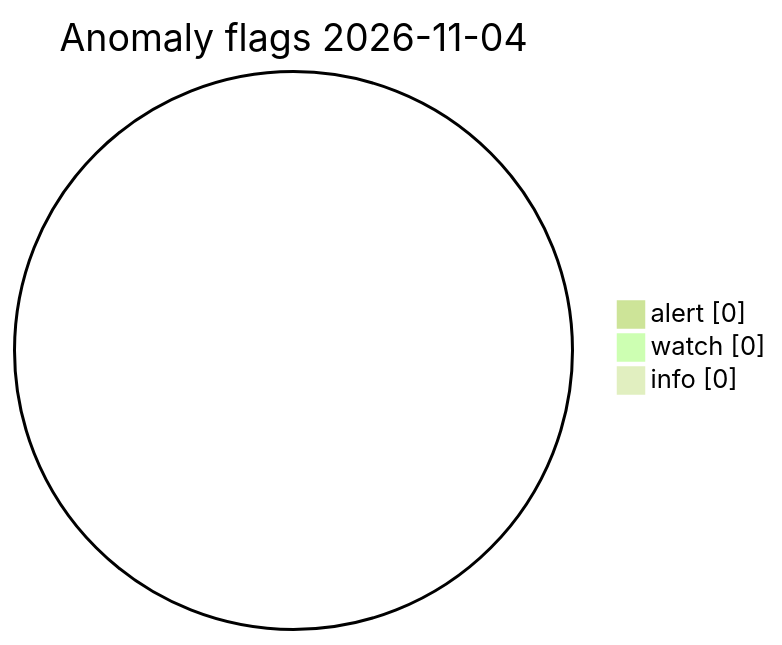
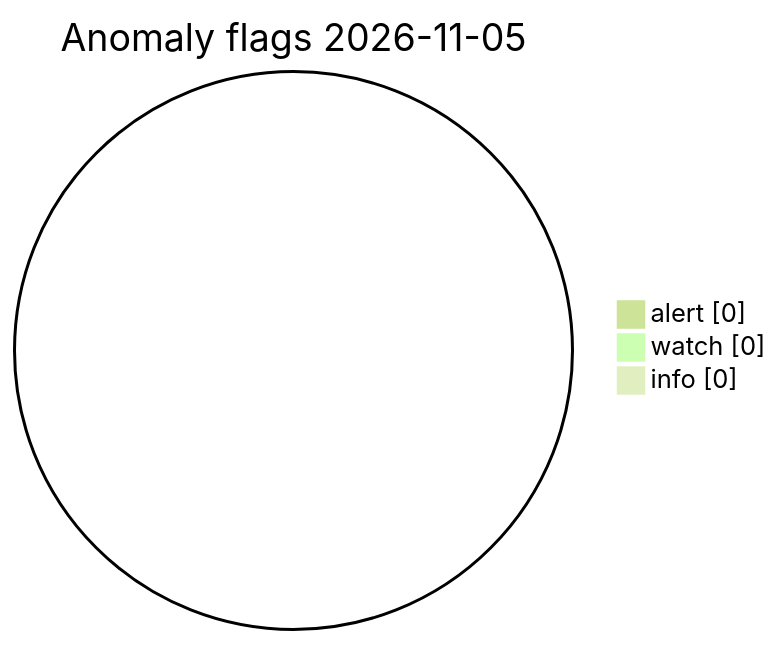
One commit to Midwest-Stratospheric/Unified-Open-Global-Weather changed the diagram in visuals/latest/CHARTS.md. Above: the diagram before and after it, drawn with Mermaid (forest theme). The commit also changed other lines of this file and 23 other files, not shown here.

Commit message:
data(visuals): automated charts 2026-11-05T12:53Z

````diff
--- a/visuals/latest/CHARTS.md
+++ b/visuals/latest/CHARTS.md
@@ -73,7 +73,7 @@
 ```mermaid
 pie showData
-  title Anomaly flags 2026-11-04
+  title Anomaly flags 2026-11-05
   "alert" : 0
   "watch" : 0
   "info" : 0
 ```
````
